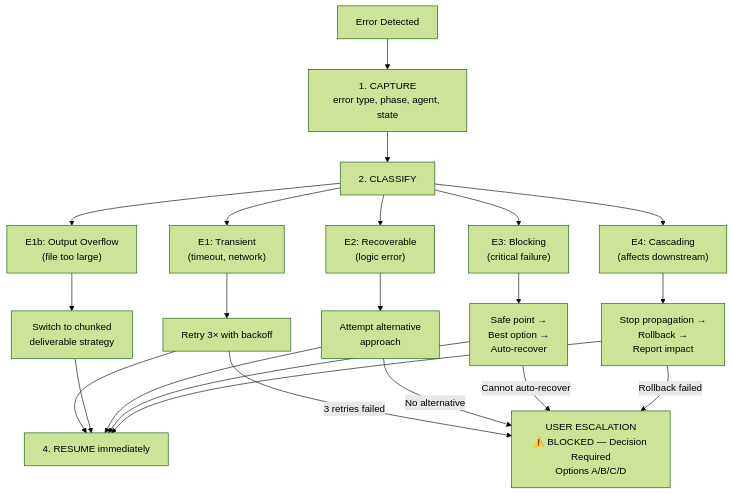
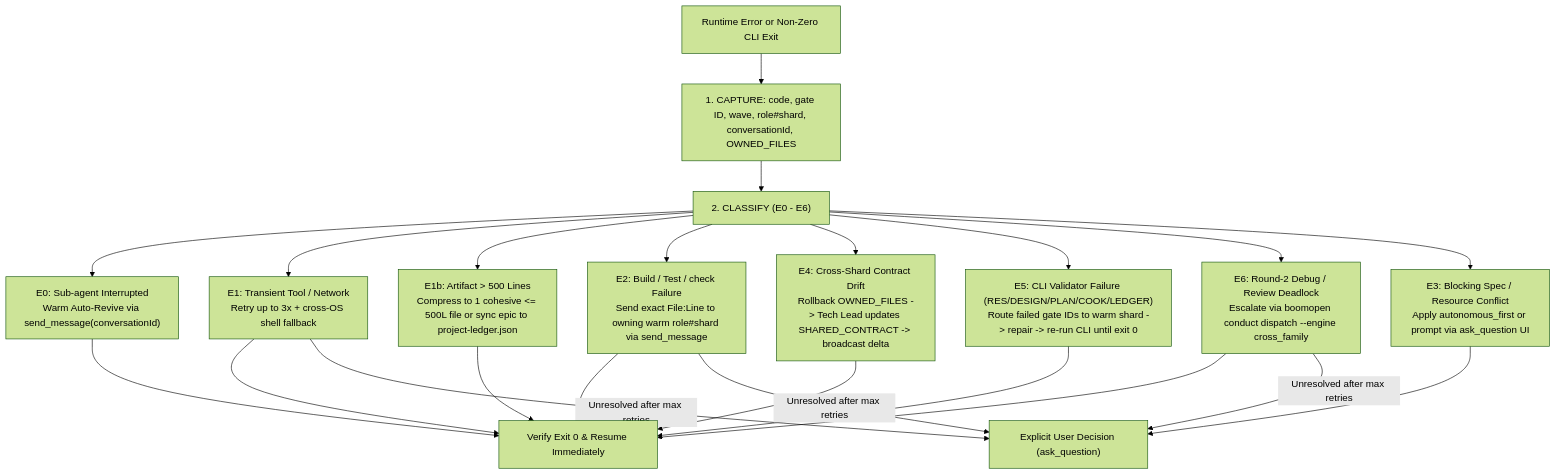
Before and after one commit to Kennyboom/BoomOpen-Workflow-Kit-Pro: the fifth of 5 diagrams in documents/knowledge-architecture/03-data-flow.md, drawn with Mermaid (forest theme). The commit also changed other lines of this file and 302 other files, not shown here.

````diff
--- a/documents/knowledge-architecture/03-data-flow.md
+++ b/documents/knowledge-architecture/03-data-flow.md
@@ -319,33 +208,23 @@
 ```mermaid
 flowchart TD
-    ERROR["Error Detected"]
-    CAPTURE["1. CAPTURE<br/>error type, phase, agent, state"]
-    CLASSIFY["2. CLASSIFY"]
-    
-    E1["E1: Transient<br/>(timeout, network)"]
-    E1B["E1b: Output Overflow<br/>(file too large)"]
-    E2["E2: Recoverable<br/>(logic error)"]
-    E3["E3: Blocking<br/>(critical failure)"]
-    E4["E4: Cascading<br/>(affects downstream)"]
-    
-    RETRY["Retry 3× with backoff"]
-    CHUNK["Switch to chunked<br/>deliverable strategy"]
-    ALT["Attempt alternative<br/>approach"]
-    SAFE["Safe point →<br/>Best option →<br/>Auto-recover"]
-    ROLLBACK["Stop propagation →<br/>Rollback →<br/>Report impact"]
-    
-    RESUME["4. RESUME immediately"]
-    ESCALATE["USER ESCALATION<br/>⚠️ BLOCKED — Decision Required<br/>Options A/B/C/D"]
+    ERR["Runtime Error or Non-Zero CLI Exit"]
+    CAP["1. CAPTURE: code, gate ID, wave, role#shard, conversationId, OWNED_FILES"]
+    CLS["2. CLASSIFY (E0 - E6)"]
 
-    ERROR --> CAPTURE --> CLASSIFY
-    CLASSIFY --> E1 --> RETRY --> RESUME
-    CLASSIFY --> E1B --> CHUNK --> RESUME
-    CLASSIFY --> E2 --> ALT --> RESUME
-    CLASSIFY --> E3 --> SAFE --> RESUME
-    CLASSIFY --> E4 --> ROLLBACK --> RESUME
-    
-    RETRY -->|"3 retries failed"| ESCALATE
-    ALT -->|"No alternative"| ESCALATE
-    SAFE -->|"Cannot auto-recover"| ESCALATE
-    ROLLBACK -->|"Rollback failed"| ESCALATE
+    E0["E0: Sub-agent Interrupted<br/>Warm Auto-Revive via send_message(conversationId)"]
+    E1["E1: Transient Tool / Network<br/>Retry up to 3x + cross-OS shell fallback"]
+    E1B["E1b: Artifact > 500 Lines<br/>Compress to 1 cohesive <= 500L file or sync epic to project-ledger.json"]
+    E2["E2: Build / Test / check Failure<br/>Send exact File:Line to owning warm role#shard via send_message"]
+    E3["E3: Blocking Spec / Resource Conflict<br/>Apply autonomous_first or prompt via ask_question UI"]
+    E4["E4: Cross-Shard Contract Drift<br/>Rollback OWNED_FILES -> Tech Lead updates SHARED_CONTRACT -> broadcast delta"]
+    E5["E5: CLI Validator Failure (RES/DESIGN/PLAN/COOK/LEDGER)<br/>Route failed gate IDs to warm shard -> repair -> re-run CLI until exit 0"]
+    E6["E6: Round-2 Debug / Review Deadlock<br/>Escalate via boomopen conduct dispatch --engine cross_family"]
+
+    OK["Verify Exit 0 & Resume Immediately"]
+    USER["Explicit User Decision (ask_question)"]
+
+    ERR --> CAP --> CLS
+    CLS --> E0 & E1 & E1B & E2 & E4 & E5 & E6 --> OK
+    CLS --> E3 --> USER
+    E1 & E2 & E6 -->|"Unresolved after max retries"| USER
 ```
````
